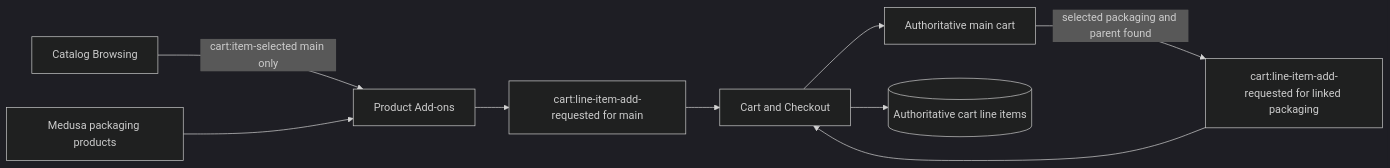
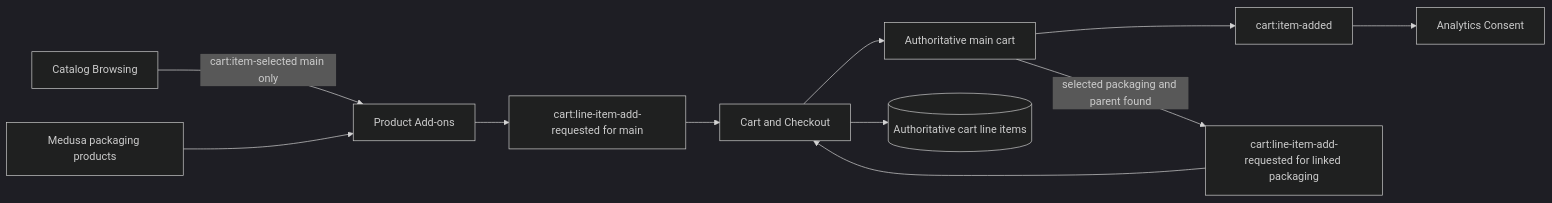
One commit to AtoshaKartosha/sunluk changed the third of 3 diagrams in flows/features/product-addons.md. Above: the diagram before and after it, drawn with Mermaid (dark theme). The commit also changed other lines of this file and 7 other files, not shown here.

Commit message:
fix(analytics): track successful cart additions

````diff
--- a/flows/features/product-addons.md
+++ b/flows/features/product-addons.md
@@ -87,11 +89,13 @@
 ```mermaid
 flowchart LR
   Catalog[Catalog Browsing] -->|cart:item-selected main only| Addons[Product Add-ons]
   Medusa[Medusa packaging products] --> Addons
   Addons --> MainRequest[cart:line-item-add-requested for main]
   MainRequest --> Cart[Cart and Checkout]
   Cart --> ReturnedMain[Authoritative main cart]
+  ReturnedMain --> Added[cart:item-added]
+  Added --> Analytics[Analytics Consent]
   ReturnedMain -->|selected packaging and parent found| PackageRequest[cart:line-item-add-requested for linked packaging]
   PackageRequest --> Cart
   Cart --> MedusaCart[(Authoritative cart line items)]
 ```
````
